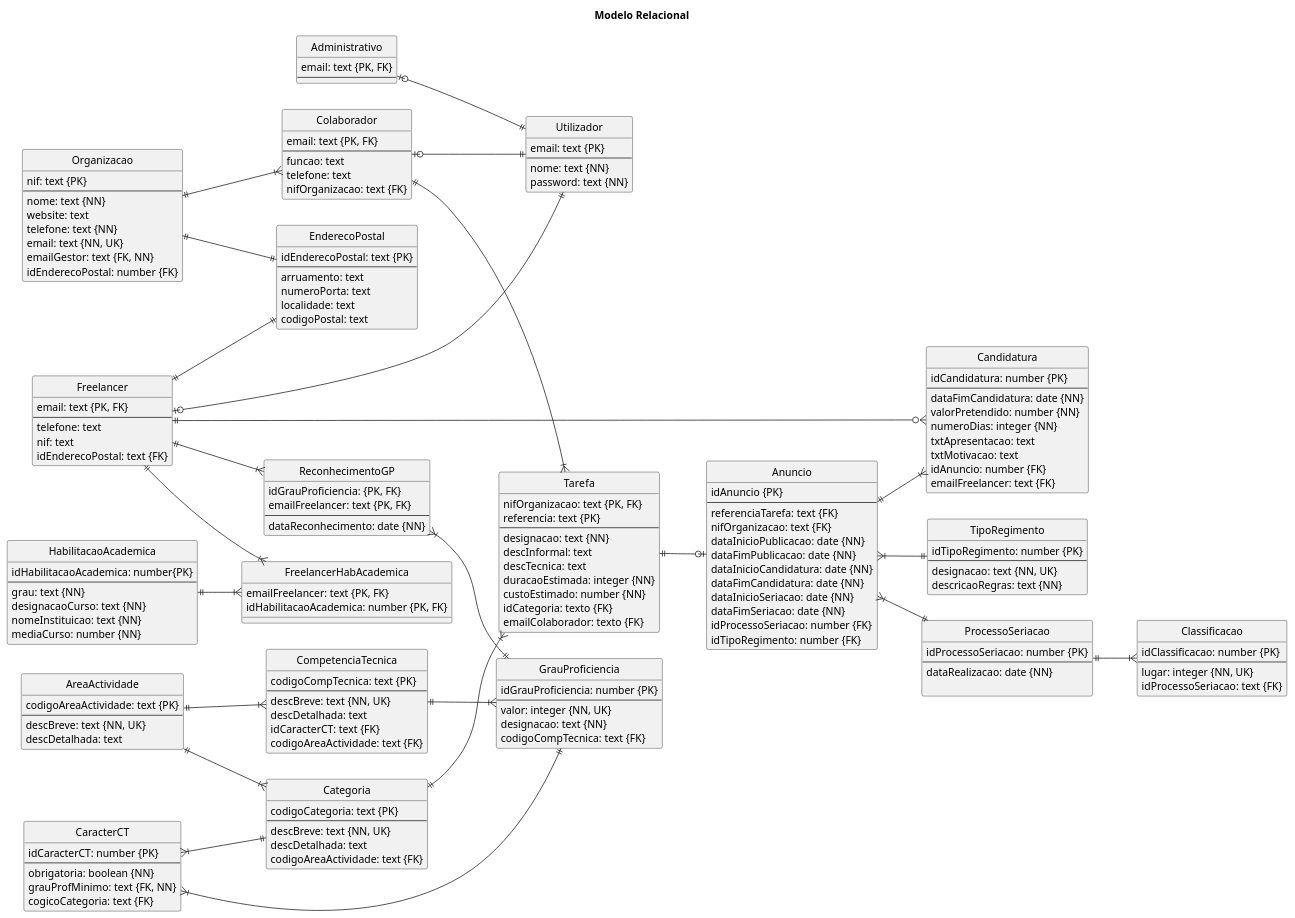
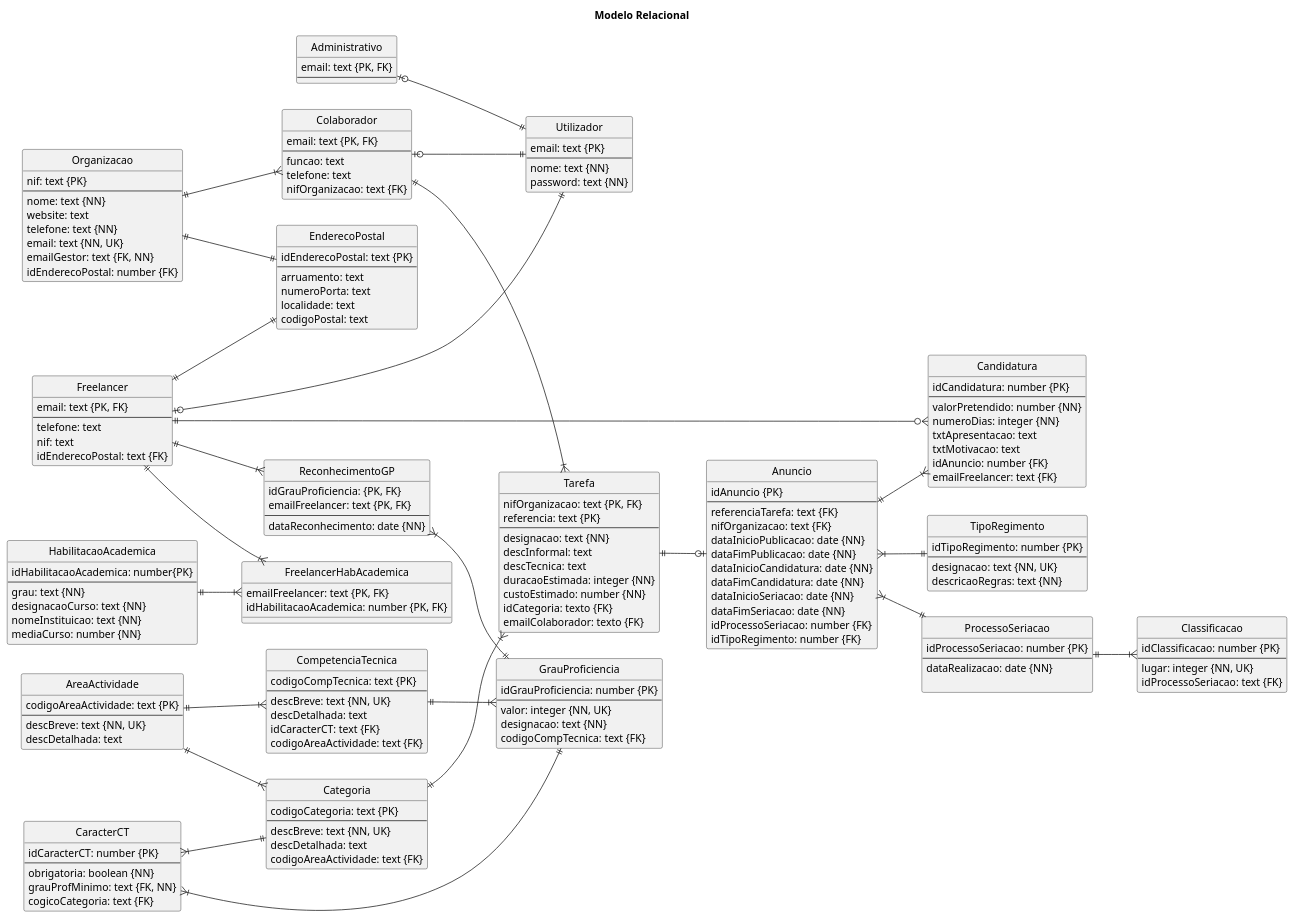
The diagram in BaseDados/Modelo_Relacional.puml (blestonbandeiraUPSKILL/upskill_java1_labprg_grupo2), drawn with PlantUML before and after one commit. The commit also changed 28 other files, not shown here.

```diff
--- a/BaseDados/Modelo_Relacional.puml
+++ b/BaseDados/Modelo_Relacional.puml
@@ -139,7 +139,6 @@
 entity "Candidatura" {
     idCandidatura: number {PK}
     --
-    dataFimCandidatura: date {NN}
     valorPretendido: number {NN}
     numeroDias: integer {NN}
     txtApresentacao: text
```
